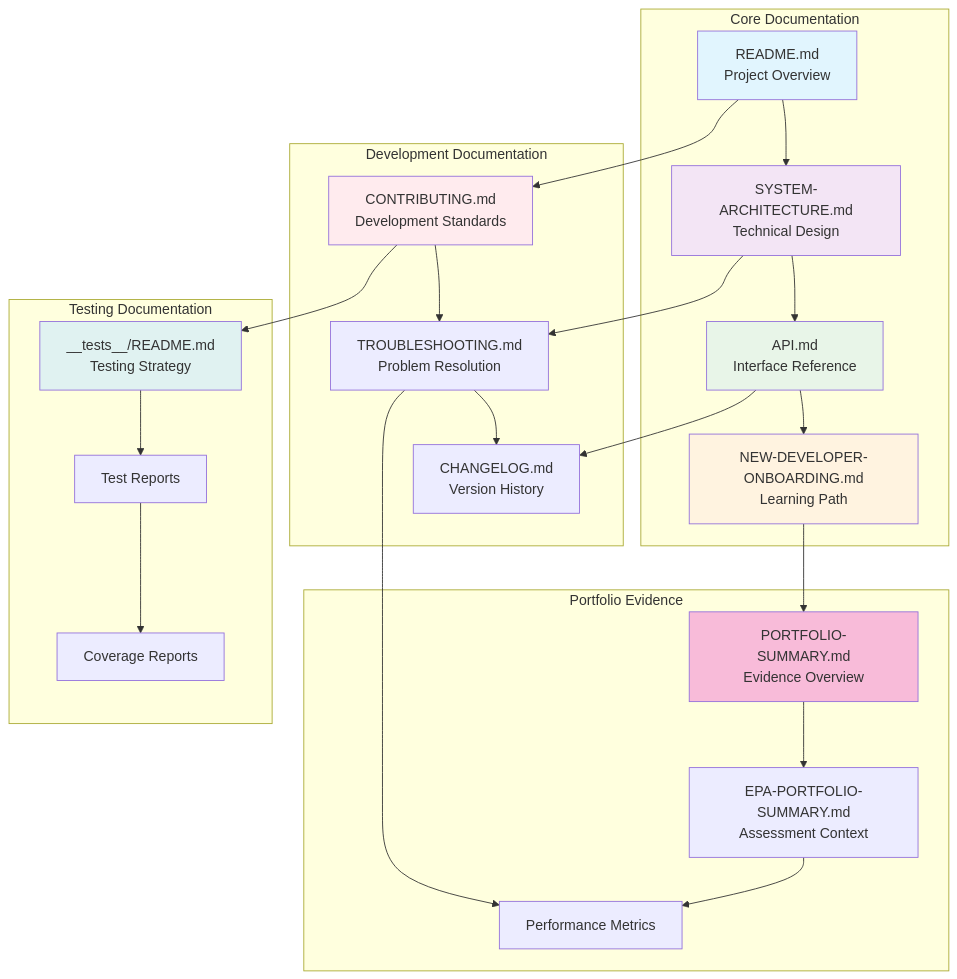
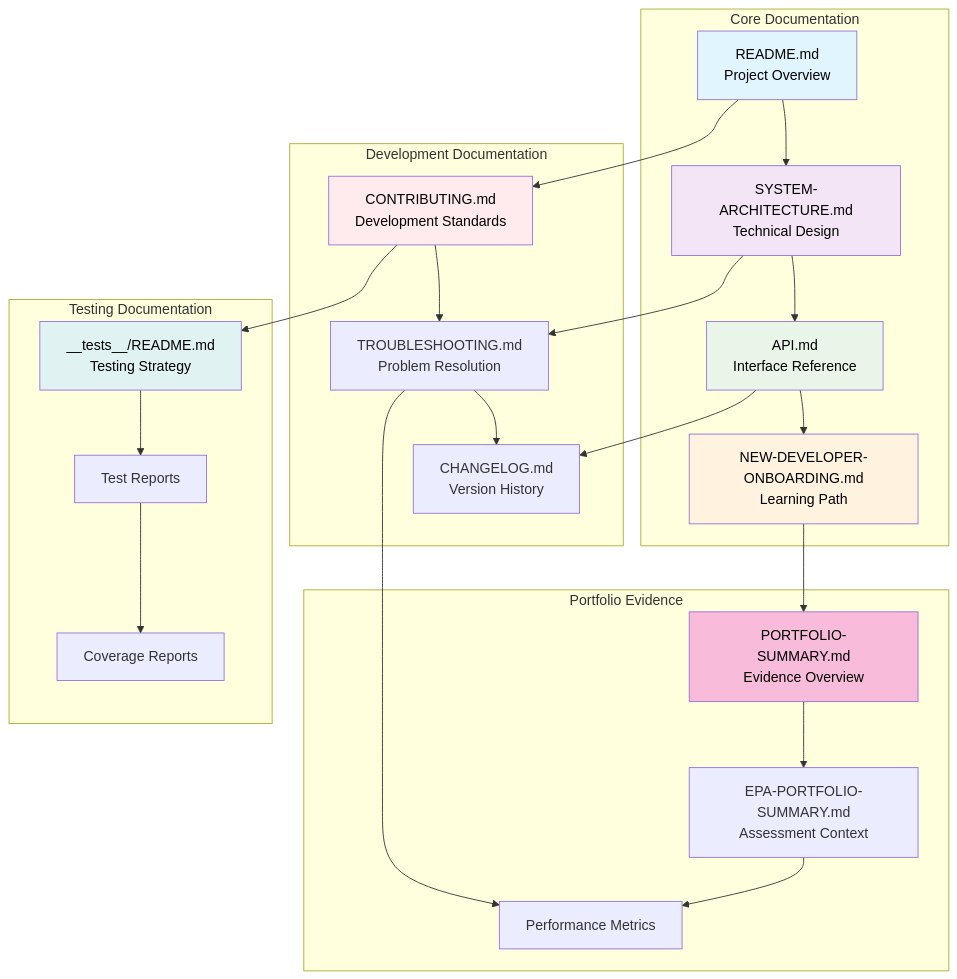
Before and after one commit to Interlaken0/temperature-plotter: the first of 12 diagrams in docs/COMPLETE-DOCUMENTATION-GUIDE.md, drawn with Mermaid. The commit also changed other lines of this file and 8 other files, not shown here.

First line of the commit message:
Standardise Mermaid diagram text colour to black across all documentation

````diff
--- a/docs/COMPLETE-DOCUMENTATION-GUIDE.md
+++ b/docs/COMPLETE-DOCUMENTATION-GUIDE.md
@@ -8,38 +8,38 @@
 ```mermaid
 graph TB
     subgraph "Core Documentation"
         A[README.md<br/>Project Overview] --> B[SYSTEM-ARCHITECTURE.md<br/>Technical Design]
         B --> C[API.md<br/>Interface Reference]
         C --> D[NEW-DEVELOPER-ONBOARDING.md<br/>Learning Path]
     end
     
     subgraph "Development Documentation"
         E[CONTRIBUTING.md<br/>Development Standards] --> F[TROUBLESHOOTING.md<br/>Problem Resolution]
         F --> G[CHANGELOG.md<br/>Version History]
     end
     
     subgraph "Portfolio Evidence"
         H[PORTFOLIO-SUMMARY.md<br/>Evidence Overview] --> I[EPA-PORTFOLIO-SUMMARY.md<br/>Assessment Context]
         I --> J[Performance Metrics]
     end
     
     subgraph "Testing Documentation"
         K[__tests__/README.md<br/>Testing Strategy] --> L[Test Reports]
         L --> M[Coverage Reports]
     end
     
     A --> E
     B --> F
     C --> G
     D --> H
     E --> K
     F --> J
     
-    style A fill:#e1f5fe
-    style B fill:#f3e5f5
-    style C fill:#e8f5e8
-    style D fill:#fff3e0
-    style E fill:#ffebee
-    style H fill:#f8bbd9
-    style K fill:#e0f2f1
+    style A fill:#e1f5fe,color:#000000
+    style B fill:#f3e5f5,color:#000000
+    style C fill:#e8f5e8,color:#000000
+    style D fill:#fff3e0,color:#000000
+    style E fill:#ffebee,color:#000000
+    style H fill:#f8bbd9,color:#000000
+    style K fill:#e0f2f1,color:#000000
 ```
````
